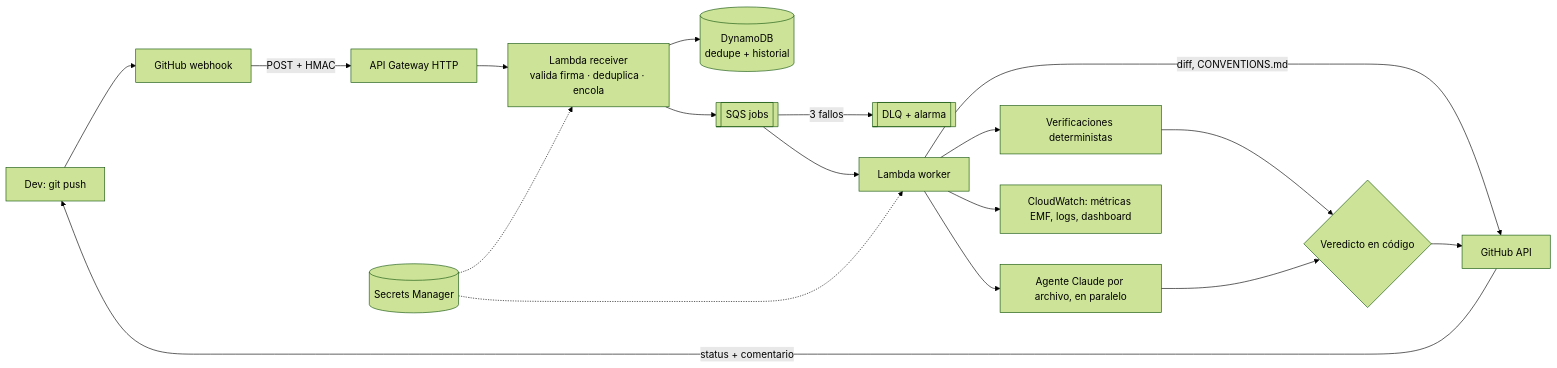
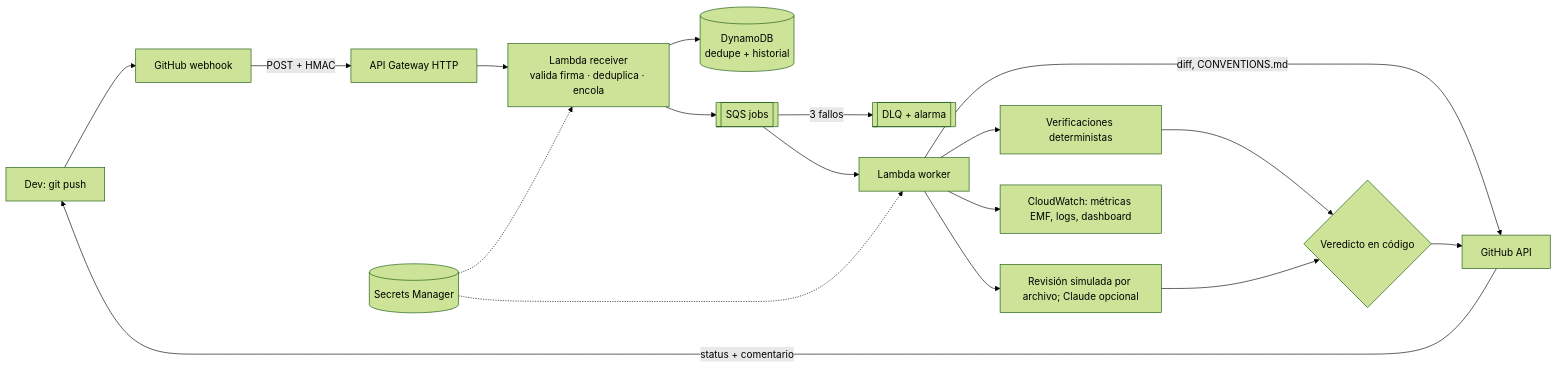
One commit to JaqzO8/py-guardian changed the diagram in README.md. Above: the diagram before and after it, drawn with Mermaid (forest theme). The commit also changed other lines of this file and 9 other files, not shown here.

Commit message:
feat: añade revisión simulada sin proveedor de IA

````diff
--- a/README.md
+++ b/README.md
@@ -12,17 +12,17 @@
 ```mermaid
 flowchart LR
   Dev[Dev: git push] --> GH[GitHub webhook]
   GH -->|POST + HMAC| API[API Gateway HTTP]
   API --> R[Lambda receiver<br/>valida firma · deduplica · encola]
   R --> DDB[(DynamoDB<br/>dedupe + historial)]
   R --> Q[[SQS jobs]]
   Q -->|3 fallos| DLQ[[DLQ + alarma]]
   Q --> W[Lambda worker]
   W -->|diff, CONVENTIONS.md| GHAPI[GitHub API]
   W --> C1[Verificaciones deterministas]
-  W --> C2[Agente Claude por archivo, en paralelo]
+  W --> C2[Revisión simulada por archivo; Claude opcional]
   C1 & C2 --> V{Veredicto en código}
   V --> GHAPI -->|status + comentario| Dev
   W --> CW[CloudWatch: métricas EMF, logs, dashboard]
   SM[(Secrets Manager)] -.-> R & W
 ```
````
